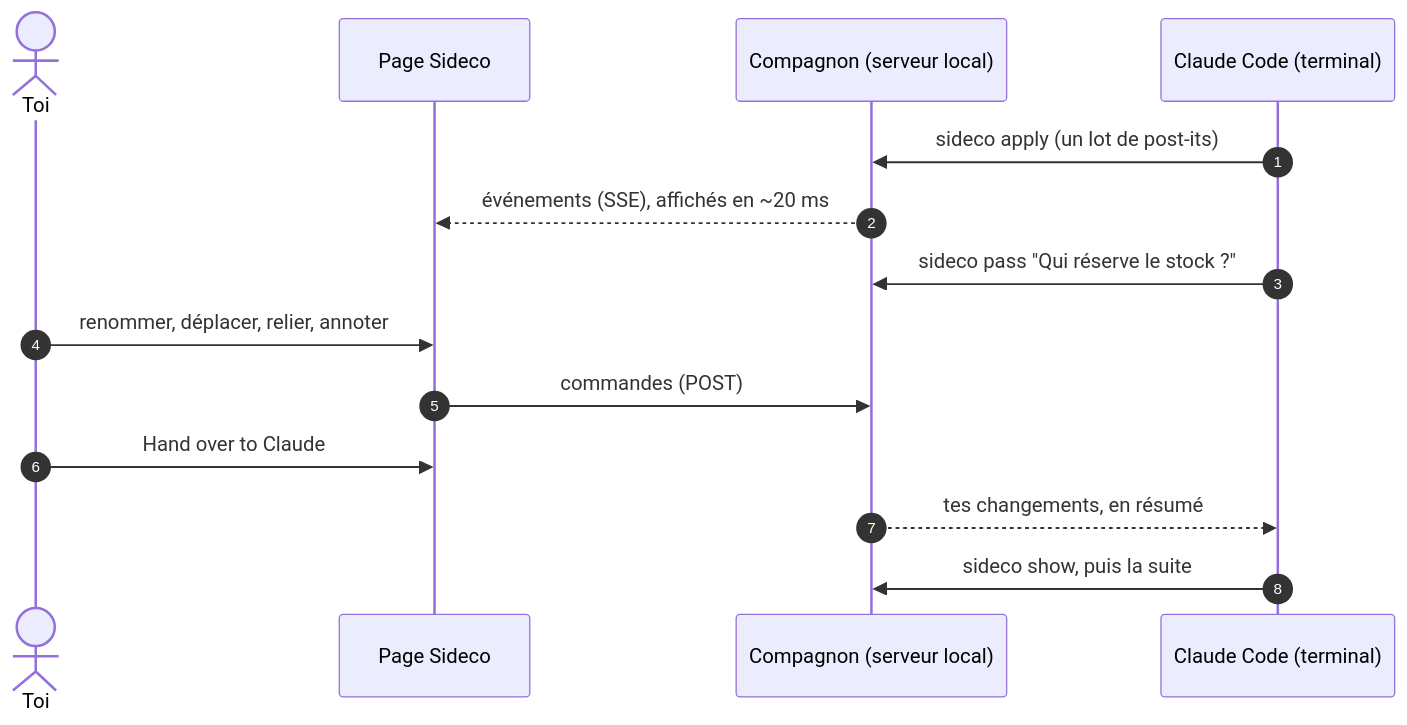
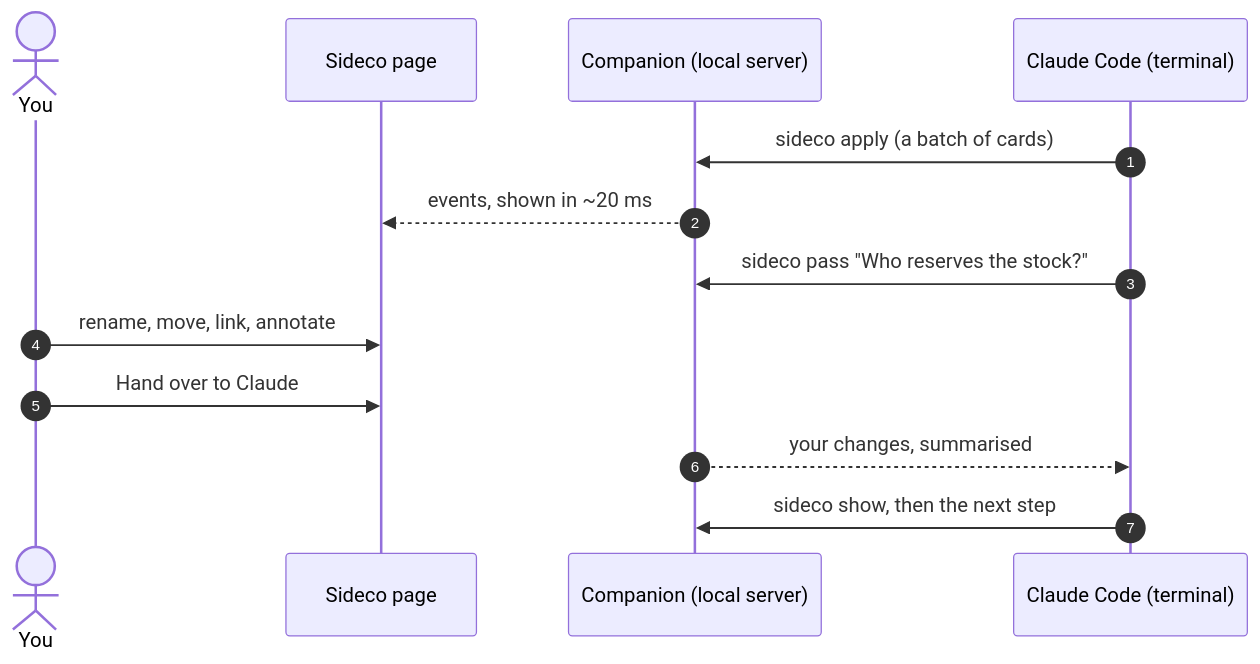
Before and after one commit to bastien-gallay/sideco: the diagram in README.md, drawn with Mermaid. The commit also changed other lines of this file and 1 other file, not shown here.

Commit message:
Welcome visitors with an English README; move the detailed French guide to docs

````diff
--- a/README.md
+++ b/README.md
@@ -57,17 +33,16 @@
 ```mermaid
 sequenceDiagram
     autonumber
-    actor Toi
-    participant Page as Page Sideco
-    participant Sideco as Compagnon (serveur local)
+    actor You
+    participant Page as Sideco page
+    participant Sideco as Companion (local server)
     participant Claude as Claude Code (terminal)
 
-    Claude->>Sideco: sideco apply (un lot de post-its)
-    Sideco-->>Page: événements (SSE), affichés en ~20 ms
-    Claude->>Sideco: sideco pass "Qui réserve le stock ?"
-    Toi->>Page: renommer, déplacer, relier, annoter
-    Page->>Sideco: commandes (POST)
-    Toi->>Page: Hand over to Claude
-    Sideco-->>Claude: tes changements, en résumé
-    Claude->>Sideco: sideco show, puis la suite
+    Claude->>Sideco: sideco apply (a batch of cards)
+    Sideco-->>Page: events, shown in ~20 ms
+    Claude->>Sideco: sideco pass "Who reserves the stock?"
+    You->>Page: rename, move, link, annotate
+    You->>Page: Hand over to Claude
+    Sideco-->>Claude: your changes, summarised
+    Claude->>Sideco: sideco show, then the next step
 ```
````
